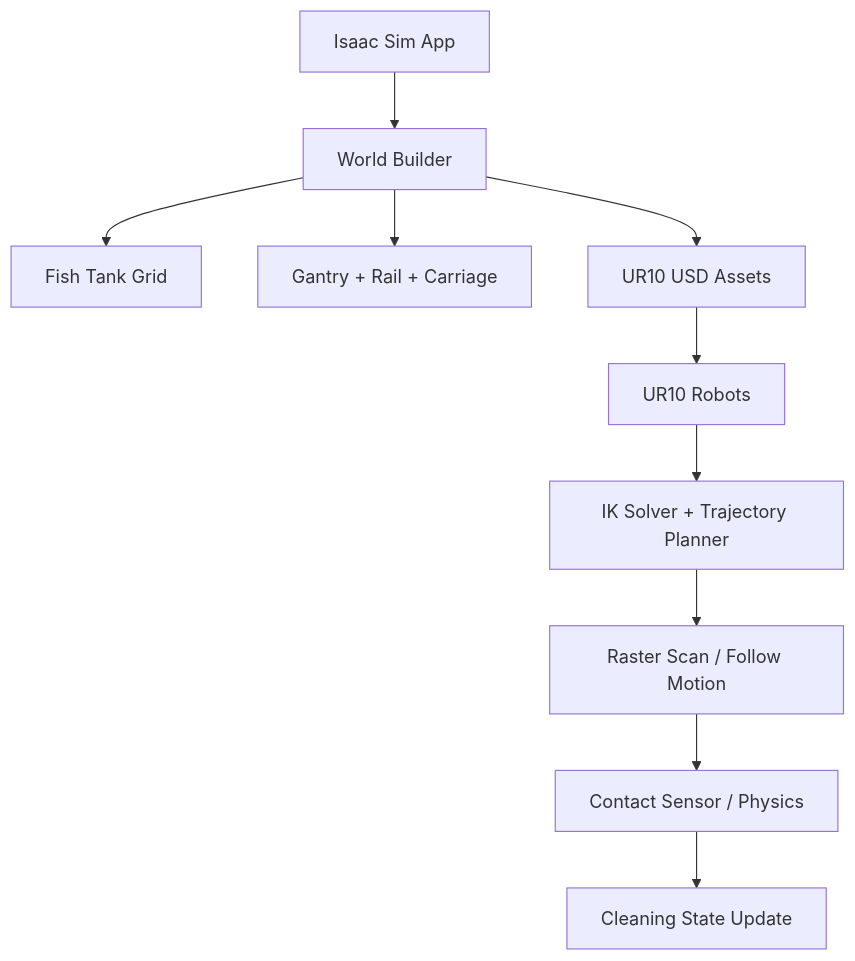
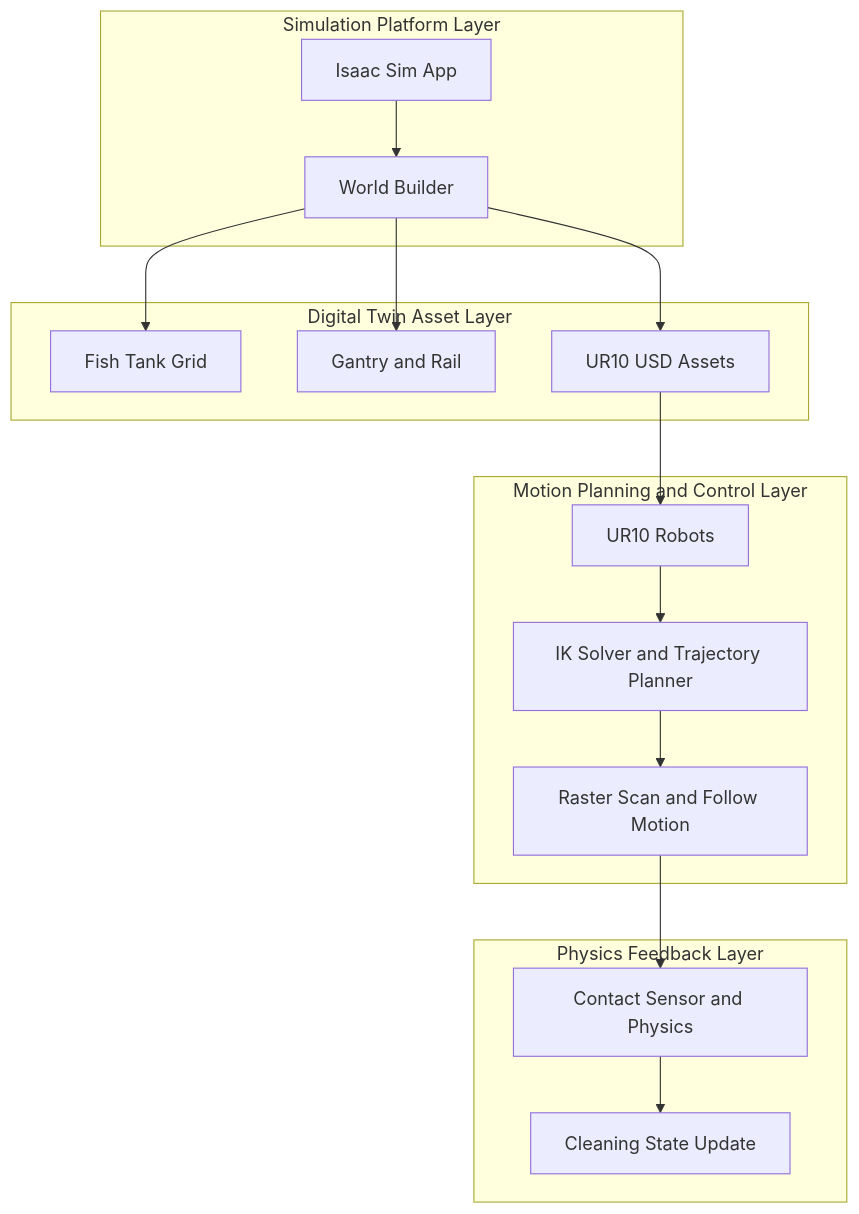
The diagram in 디지털 트윈 기반 수산양식장 청소로봇/README.md (amogae7/ROKEY_Projects), drawn with Mermaid before and after one commit. The commit also changed 3 other files, not shown here.

Commit message:
docs: refactor architecture diagrams into layered subgraphs

````diff
--- a/디지털 트윈 기반 수산양식장 청소로봇/README.md
+++ b/디지털 트윈 기반 수산양식장 청소로봇/README.md
@@ -34,12 +34,34 @@
 ```mermaid
 flowchart TD
-  SIM[Isaac Sim App] --> WORLD[World Builder]
-  WORLD --> TANK[Fish Tank Grid]
-  WORLD --> GANTRY[Gantry + Rail + Carriage]
-  WORLD --> ASSET[UR10 USD Assets]
-  ASSET --> ROBOT[UR10 Robots]
-  ROBOT --> IK[IK Solver + Trajectory Planner]
-  IK --> CLEAN[Raster Scan / Follow Motion]
-  CLEAN --> CONTACT[Contact Sensor / Physics]
-  CONTACT --> STATE[Cleaning State Update]
+  subgraph L0["Simulation Platform Layer"]
+    SIM[Isaac Sim App]
+    WORLD[World Builder]
+  end
+
+  subgraph L1["Digital Twin Asset Layer"]
+    TANK[Fish Tank Grid]
+    GANTRY[Gantry and Rail]
+    ASSET[UR10 USD Assets]
+  end
+
+  subgraph L2["Motion Planning and Control Layer"]
+    ROBOT[UR10 Robots]
+    IK[IK Solver and Trajectory Planner]
+    CLEAN[Raster Scan and Follow Motion]
+  end
+
+  subgraph L3["Physics Feedback Layer"]
+    CONTACT[Contact Sensor and Physics]
+    STATE[Cleaning State Update]
+  end
+
+  SIM --> WORLD
+  WORLD --> TANK
+  WORLD --> GANTRY
+  WORLD --> ASSET
+  ASSET --> ROBOT
+  ROBOT --> IK
+  IK --> CLEAN
+  CLEAN --> CONTACT
+  CONTACT --> STATE
 ```
````
